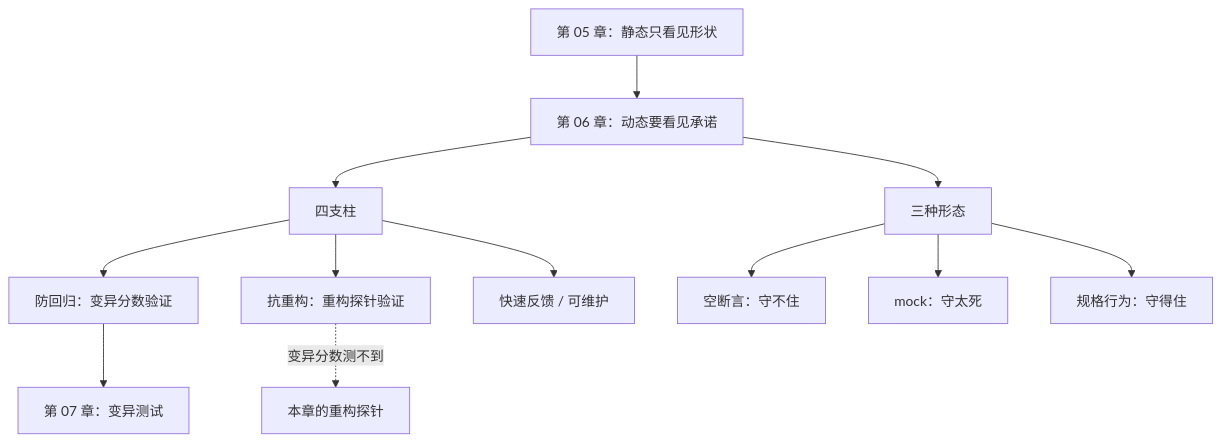
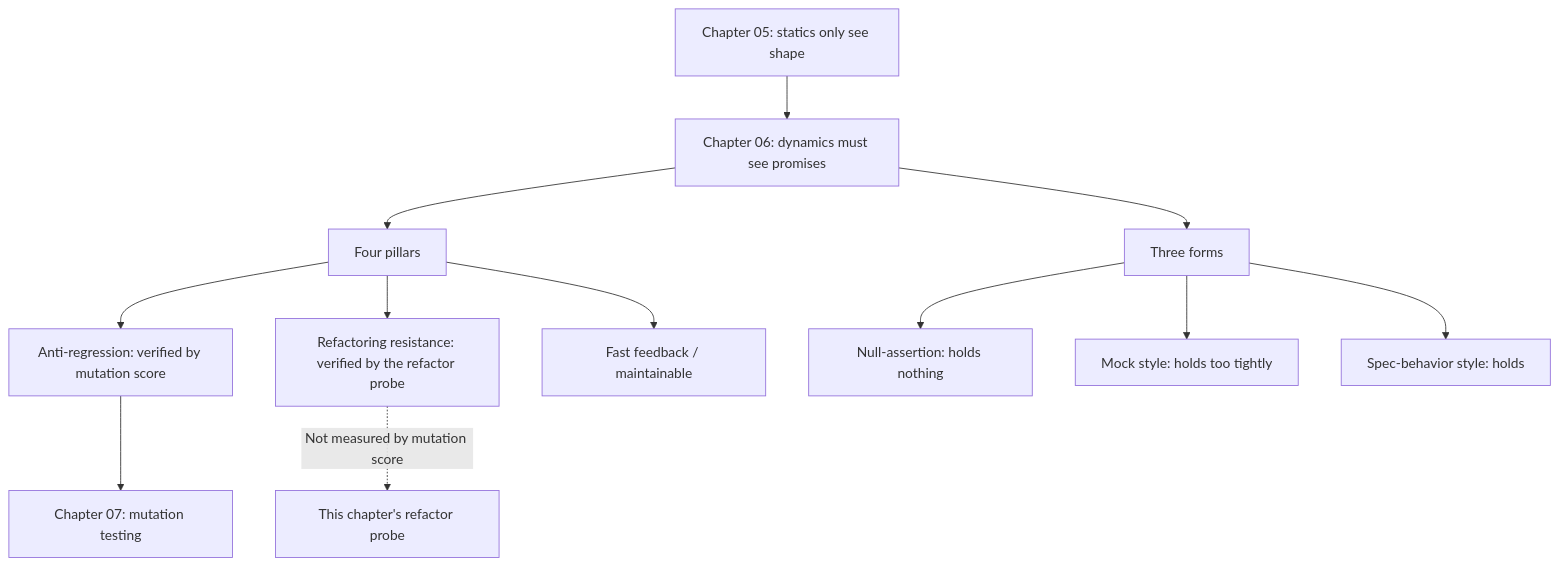
Before and after one commit to xzlxiao/vibe-coding-textbook: the diagram in phase3/chapters/ch06-dynamic.md, drawn with Mermaid. The commit also changed 12 other files, not shown here.

````diff
--- a/phase3/chapters/ch06-dynamic.md
+++ b/phase3/chapters/ch06-dynamic.md
@@ -206,14 +206,14 @@
 ```mermaid
 flowchart TD
-    A["第 05 章：静态只看见形状"] --> B["第 06 章：动态要看见承诺"]
-    B --> C["四支柱"]
-    C --> D["防回归：变异分数验证"]
-    C --> E["抗重构：重构探针验证"]
-    C --> F["快速反馈 / 可维护"]
-    B --> G["三种形态"]
-    G --> G1["空断言：守不住"]
-    G --> G2["mock：守太死"]
-    G --> G3["规格行为：守得住"]
-    D --> H["第 07 章：变异测试"]
-    E -.->|"变异分数测不到"| I["本章的重构探针"]
+    A["Chapter 05: statics only see shape"] --> B["Chapter 06: dynamics must see promises"]
+    B --> C["Four pillars"]
+    C --> D["Anti-regression: verified by mutation score"]
+    C --> E["Refactoring resistance: verified by the refactor probe"]
+    C --> F["Fast feedback / maintainable"]
+    B --> G["Three forms"]
+    G --> G1["Null-assertion: holds nothing"]
+    G --> G2["Mock style: holds too tightly"]
+    G --> G3["Spec-behavior style: holds"]
+    D --> H["Chapter 07: mutation testing"]
+    E -.->|"Not measured by mutation score"| I["This chapter's refactor probe"]
 ```
````
